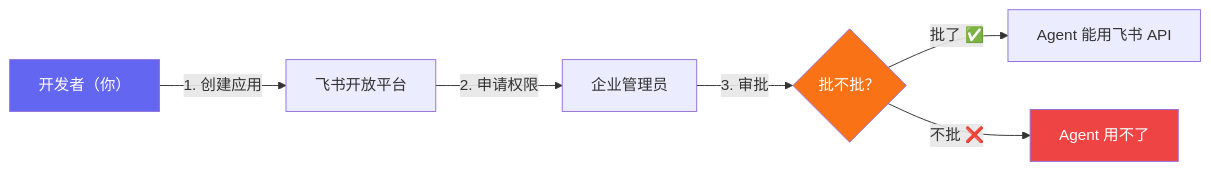
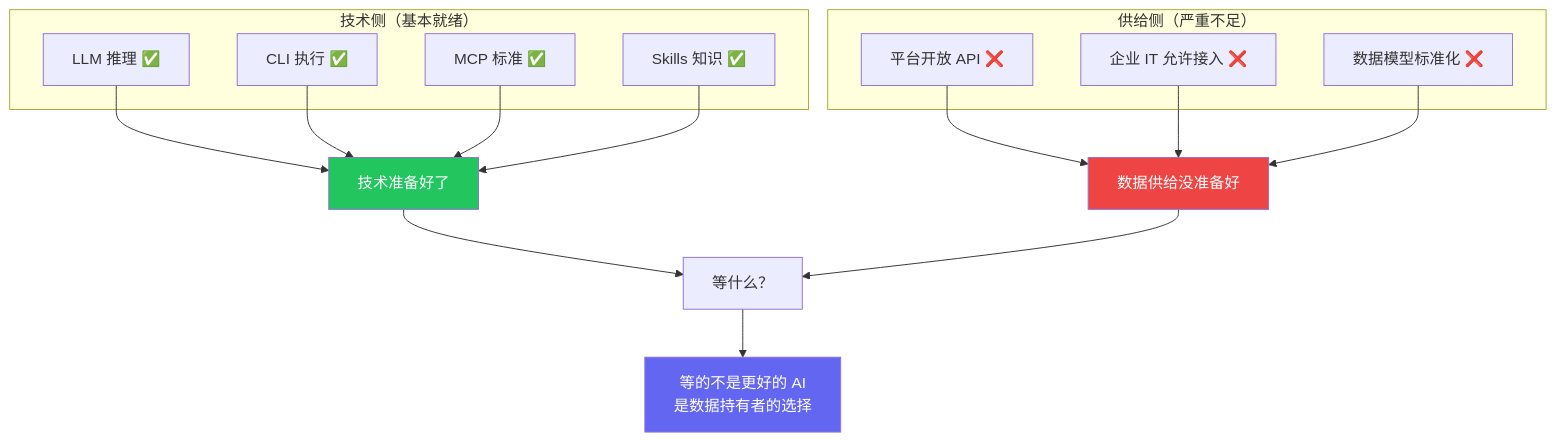
One commit to Trashwbin/quill changed the eighth of 8 diagrams in content/zh/posts/visual-vs-api-permission.md. Above: the diagram before and after it, drawn with Mermaid. The commit also changed other lines of this file and 5 other files, not shown here.

````diff
--- a/content/zh/posts/visual-vs-api-permission.md
+++ b/content/zh/posts/visual-vs-api-permission.md
@@ -186,14 +214,33 @@
 ```mermaid
-graph LR
-    Dev["开发者（你）"]
-    Dev -->|"1. 创建应用"| Platform["飞书开放平台"]
-    Platform -->|"2. 申请权限"| Admin["企业管理员"]
-    Admin -->|"3. 审批"| Approve{"批不批？"}
+graph TB
+    subgraph "技术侧（基本就绪）"
+        T1["LLM 推理 ✅"]
+        T2["CLI 执行 ✅"]
+        T3["MCP 标准 ✅"]
+        T4["Skills 知识 ✅"]
+    end
     
-    Approve -->|"批了 ✅"| Works["Agent 能用飞书 API"]
-    Approve -->|"不批 ❌"| Dead["Agent 用不了"]
+    subgraph "供给侧（严重不足）"
+        S1_item["平台开放 API ❌"]
+        S2_item["企业 IT 允许接入 ❌"]
+        S3_item["数据模型标准化 ❌"]
+    end
     
-    style Dev fill:#6366f1,color:#fff
-    style Approve fill:#f97316,color:#fff
-    style Dead fill:#ef4444,color:#fff
+    T1 --> Ready["技术准备好了"]
+    T2 --> Ready
+    T3 --> Ready
+    T4 --> Ready
+    
+    S1_item --> NotReady["数据供给没准备好"]
+    S2_item --> NotReady
+    S3_item --> NotReady
+    
+    Ready --> Wait["等什么？"]
+    NotReady --> Wait
+    
+    Wait --> Answer["等的不是更好的 AI<br/>是数据持有者的选择"]
+    
+    style Ready fill:#22c55e,color:#fff
+    style NotReady fill:#ef4444,color:#fff
+    style Answer fill:#6366f1,color:#fff
 ```
````
